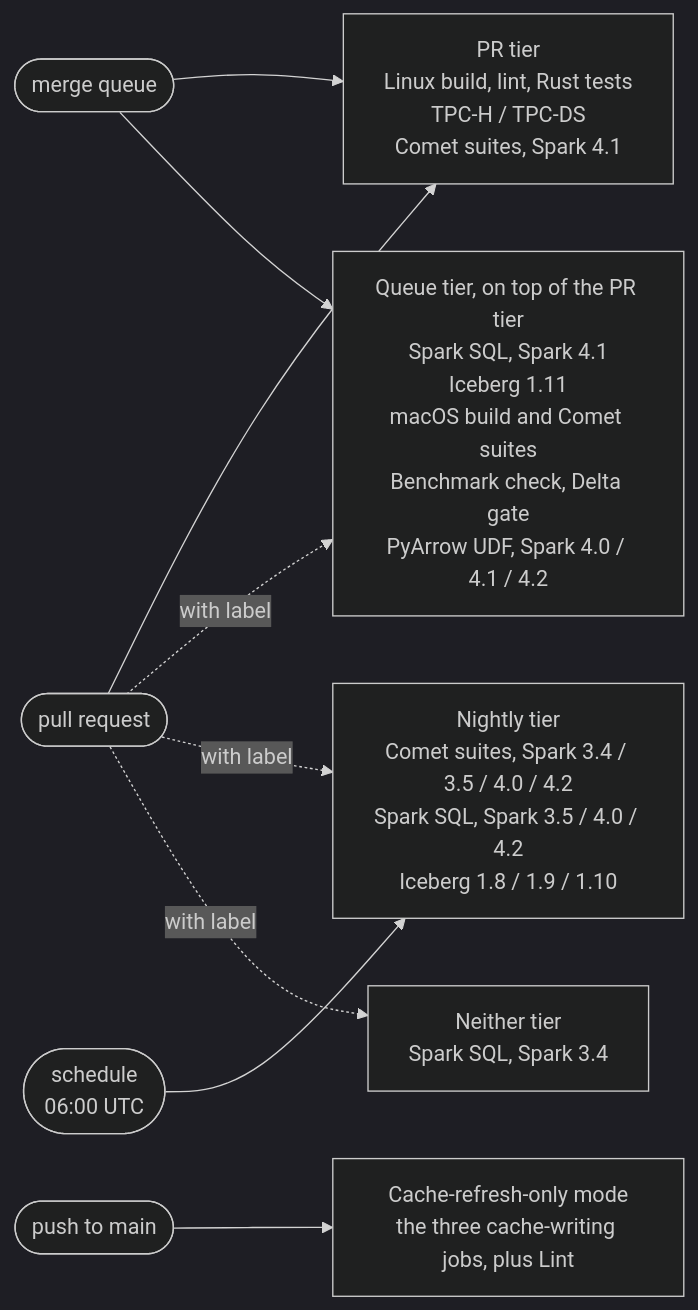
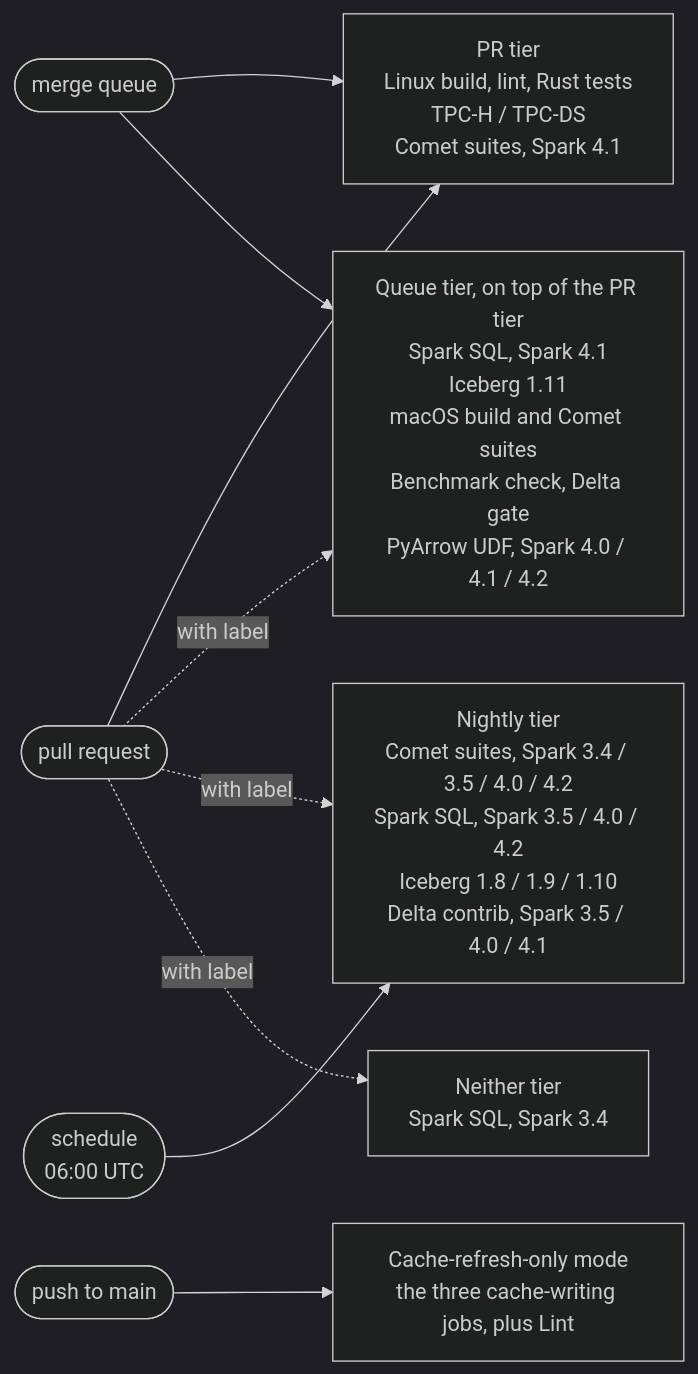
The diagram in docs/source/contributor-guide/ci.md (apache/datafusion-comet), drawn with Mermaid (dark theme) before and after one commit. The commit also changed other lines of this file and 7 other files, not shown here.

First line of the commit message:
ci: run the Delta contrib suites nightly and compile the contrib in the PR tier

````diff
--- a/docs/source/contributor-guide/ci.md
+++ b/docs/source/contributor-guide/ci.md
@@ -35,17 +35,17 @@
 ```mermaid
 flowchart LR
   PR([pull request]) --> PRTIER
   PR -. with label .-> QUEUE
   PR -. with label .-> NIGHTLY
   PR -. with label .-> S34
   MQ([merge queue]) --> PRTIER
   MQ --> QUEUE
   CRON([schedule<br>06:00 UTC]) --> NIGHTLY
   PUSH([push to main]) --> CACHE
 
   PRTIER["PR tier<br>Linux build, lint, Rust tests<br>TPC-H / TPC-DS<br>Comet suites, Spark 4.1"]
   QUEUE["Queue tier, on top of the PR tier<br>Spark SQL, Spark 4.1<br>Iceberg 1.11<br>macOS build and Comet suites<br>Benchmark check, Delta gate<br>PyArrow UDF, Spark 4.0 / 4.1 / 4.2"]
-  NIGHTLY["Nightly tier<br>Comet suites, Spark 3.4 / 3.5 / 4.0 / 4.2<br>Spark SQL, Spark 3.5 / 4.0 / 4.2<br>Iceberg 1.8 / 1.9 / 1.10"]
+  NIGHTLY["Nightly tier<br>Comet suites, Spark 3.4 / 3.5 / 4.0 / 4.2<br>Spark SQL, Spark 3.5 / 4.0 / 4.2<br>Iceberg 1.8 / 1.9 / 1.10<br>Delta contrib, Spark 3.5 / 4.0 / 4.1"]
   S34["Neither tier<br>Spark SQL, Spark 3.4"]
   CACHE["Cache-refresh-only mode<br>the three cache-writing jobs, plus Lint"]
 ```
````
